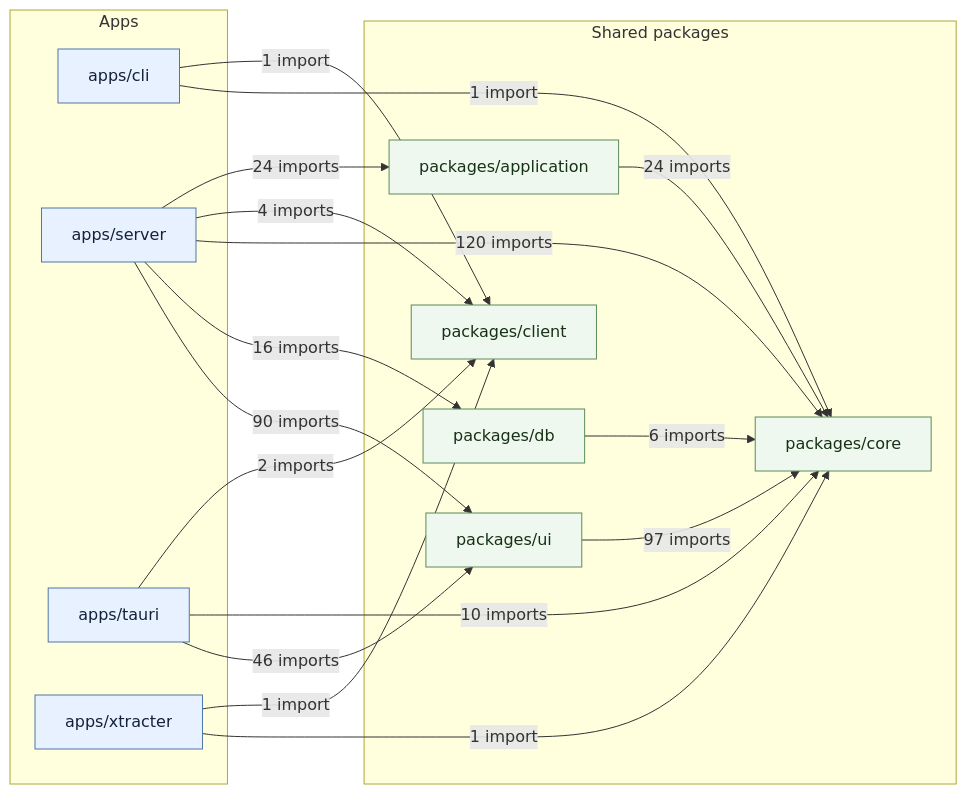
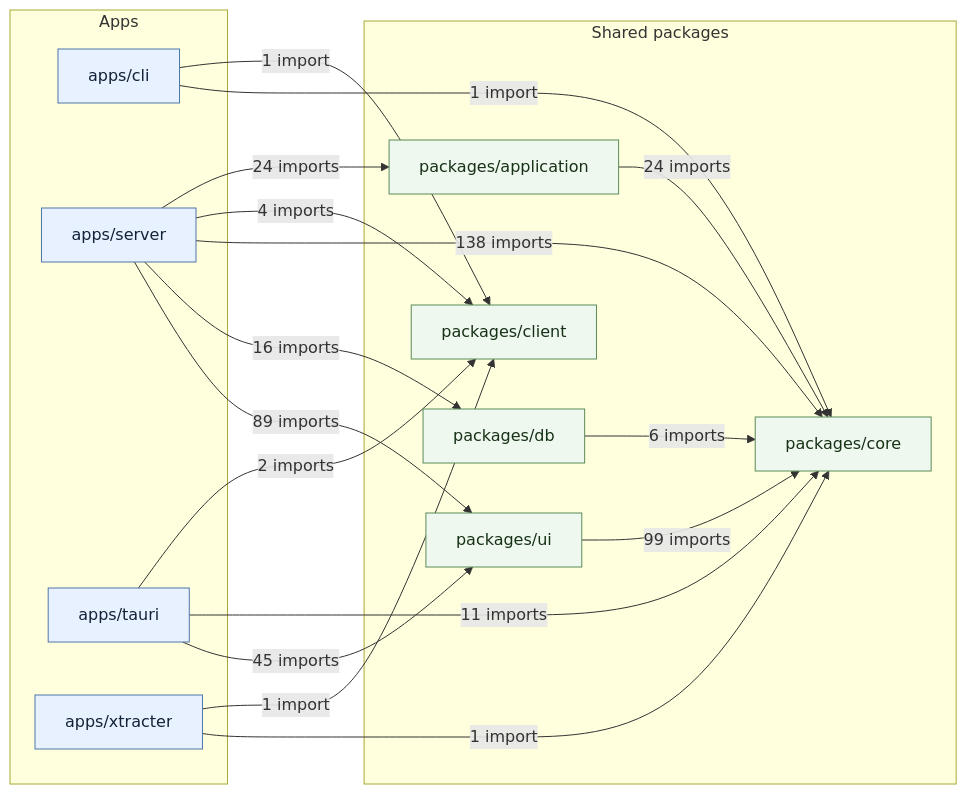
Before and after one commit to hmjn023/solid-imager: the diagram in docs/architecture/package-dependency-graph.md, drawn with Mermaid. The commit also changed 7 other files, not shown here.

Commit message:
docs: refresh indexion architecture graphs

````diff
--- a/docs/architecture/package-dependency-graph.md
+++ b/docs/architecture/package-dependency-graph.md
@@ -3,46 +3,46 @@
 ```mermaid
 flowchart LR
   %% Aggregated from indexion's source dependency graph.
   %% Scope: apps/{cli,server,tauri,xtracter}/src and packages/{application,client,core,db,ui}/src.
   %% Edge labels are the number of import edges detected by indexion.
 
   subgraph apps["Apps"]
     cli["apps/cli"]
     server["apps/server"]
     tauri["apps/tauri"]
     xtracter["apps/xtracter"]
   end
 
   subgraph packages["Shared packages"]
     application["packages/application"]
     client["packages/client"]
     core["packages/core"]
     db["packages/db"]
     ui["packages/ui"]
   end
 
   cli -->|1 import| client
   cli -->|1 import| core
 
   server -->|24 imports| application
   server -->|4 imports| client
-  server -->|120 imports| core
+  server -->|138 imports| core
   server -->|16 imports| db
-  server -->|90 imports| ui
+  server -->|89 imports| ui
 
   tauri -->|2 imports| client
-  tauri -->|10 imports| core
-  tauri -->|46 imports| ui
+  tauri -->|11 imports| core
+  tauri -->|45 imports| ui
 
   xtracter -->|1 import| client
   xtracter -->|1 import| core
 
   application -->|24 imports| core
   db -->|6 imports| core
-  ui -->|97 imports| core
+  ui -->|99 imports| core
 
   classDef app fill:#e8f1ff,stroke:#4f76a8,color:#132238;
   classDef pkg fill:#eef8ee,stroke:#5b8a5a,color:#173117;
   class cli,server,tauri,xtracter app;
   class application,client,core,db,ui pkg;
 ```
````
